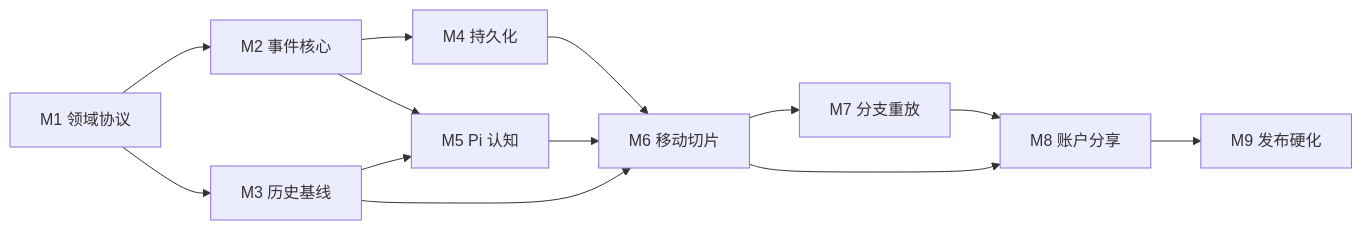
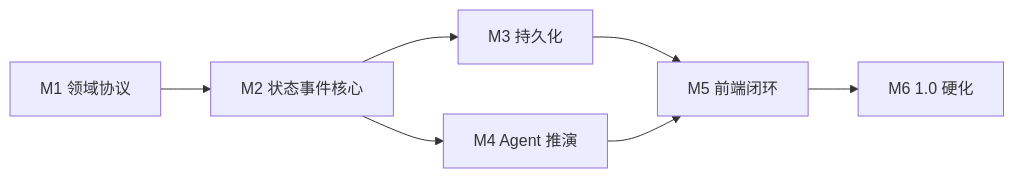
One commit to daum110715/sandtable changed the diagram in docs/development-plan.md. Above: the diagram before and after it, drawn with Mermaid. The commit also changed other lines of this file and 24 other files, not shown here.

````diff
--- a/docs/development-plan.md
+++ b/docs/development-plan.md
@@ -205,15 +138,9 @@
 ```mermaid
 flowchart LR
-    M1["M1 领域协议"] --> M2["M2 事件核心"]
-    M1 --> M3["M3 历史基线"]
-    M2 --> M4["M4 持久化"]
-    M2 --> M5["M5 Pi 认知"]
-    M3 --> M5
-    M3 --> M6["M6 移动切片"]
-    M4 --> M6
-    M5 --> M6
-    M6 --> M7["M7 分支重放"]
-    M6 --> M8["M8 账户分享"]
-    M7 --> M8
-    M8 --> M9["M9 发布硬化"]
+    M1["M1 领域协议"] --> M2["M2 状态事件核心"]
+    M2 --> M3["M3 持久化"]
+    M2 --> M4["M4 Agent 推演"]
+    M3 --> M5["M5 前端闭环"]
+    M4 --> M5
+    M5 --> M6["M6 1.0 硬化"]
 ```
````
